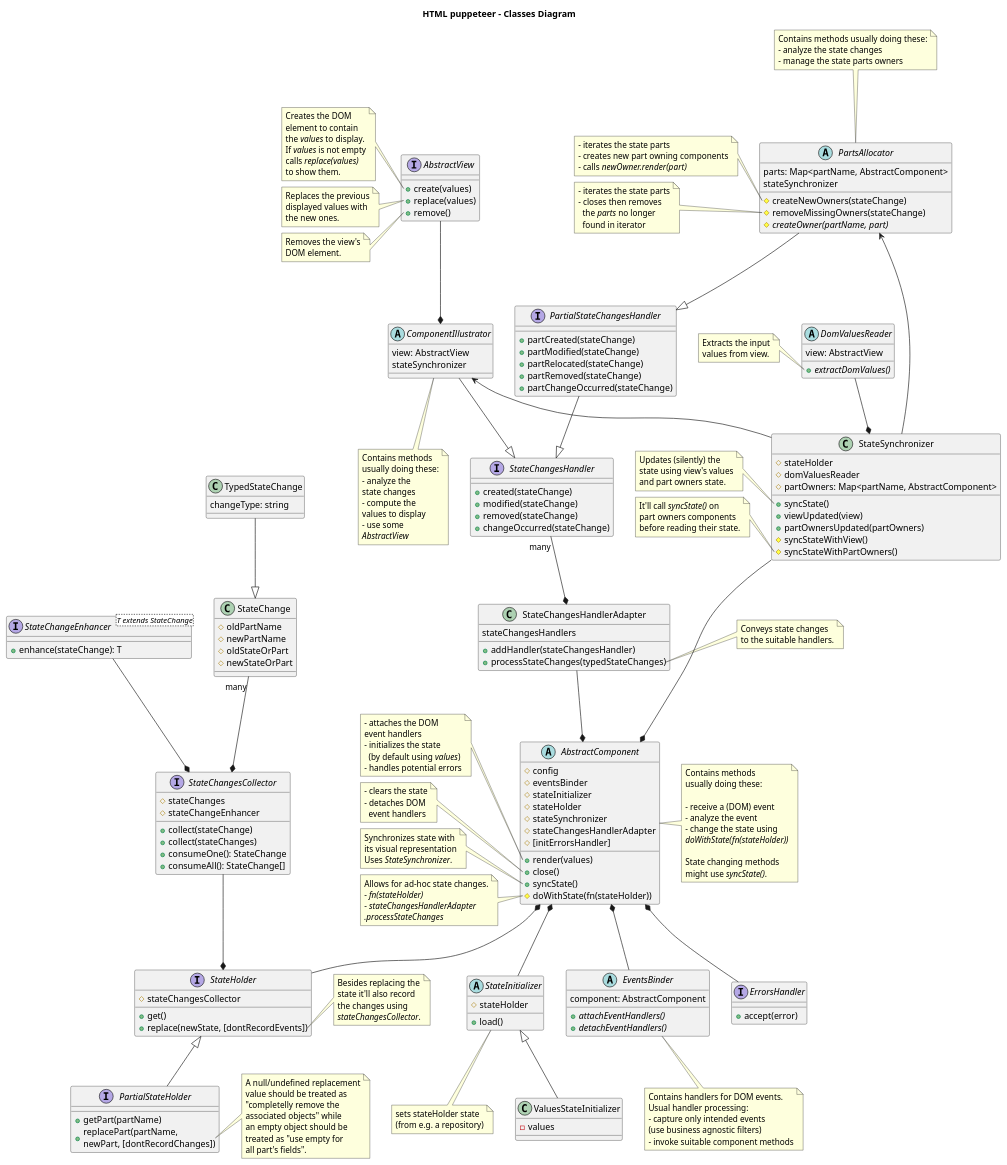
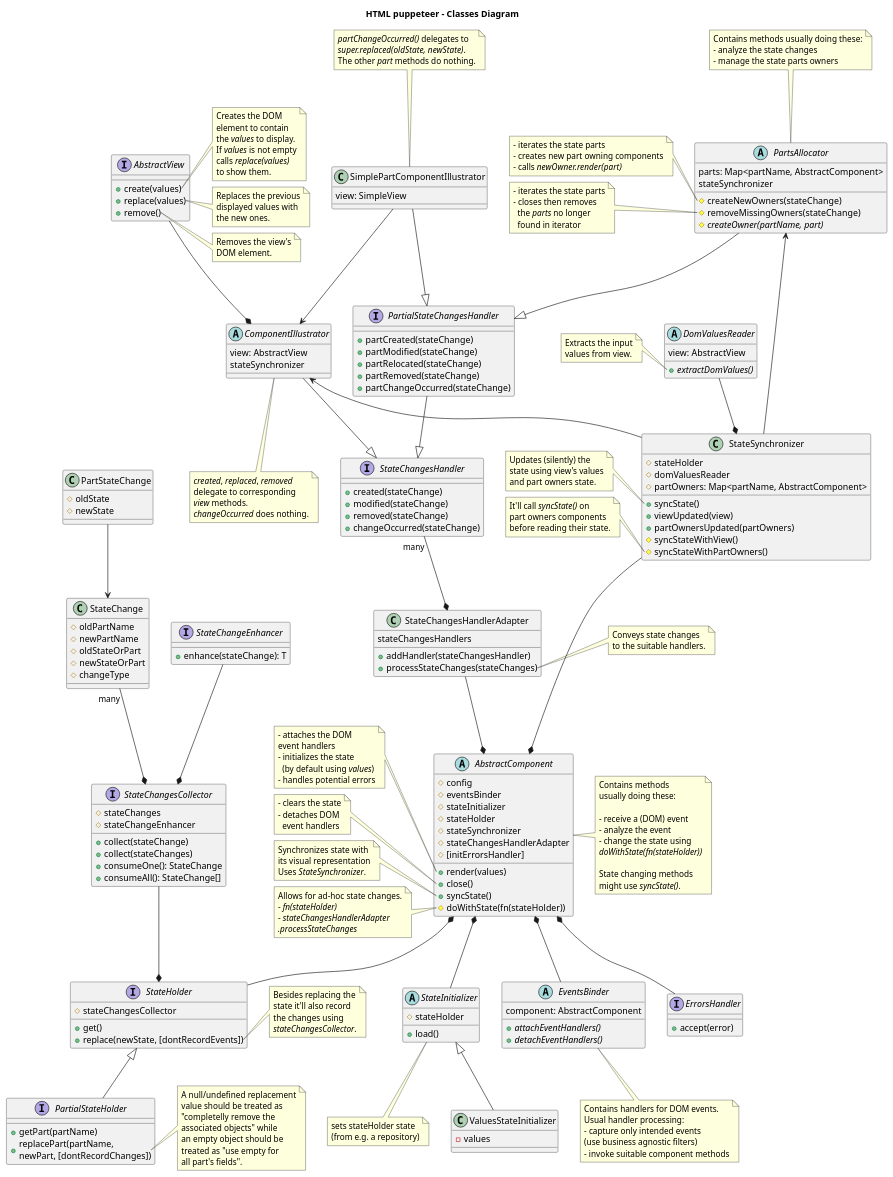
The diagram in design/classes-diagram.puml (adrhc/html-puppeteer), drawn with PlantUML before and after one commit. The commit also changed 11 other files, not shown here.

Commit message:
classes-diagram.puml

```diff
--- a/design/classes-diagram.puml
+++ b/design/classes-diagram.puml
@@ -142,13 +142,16 @@
 #newPartName
 #oldStateOrPart
 #newStateOrPart
+#changeType
 }
 
-class TypedStateChange {
-changeType: string
+class PartStateChange {
+#oldState
+#newState
 }
 
-interface StateChangeEnhancer<T extends StateChange> {
+'interface StateChangeEnhancer<T extends StateChange> {
+interface StateChangeEnhancer {
 +enhance(stateChange): T
 }
 
@@ -192,7 +195,7 @@
 class StateChangesHandlerAdapter {
 stateChangesHandlers
 +addHandler(stateChangesHandler)
-+processStateChanges(typedStateChanges)
++processStateChanges(stateChanges)
 }
 
 /'note left of StateChangesHandlerAdapter::handlerMappingRules
@@ -235,14 +238,20 @@
 }
 
 note bottom of ComponentIllustrator
-Contains methods
-usually doing these:
-- analyze the
-state changes
-- compute the
-values to display
-- use some
-<i>AbstractView</i>
+<i>created</i>, <i>replaced</i>, <i>removed</i>
+delegate to corresponding
+<i>view</i> methods.
+<i>changeOccurred</i> does nothing.
+end note
+
+class SimplePartComponentIllustrator {
+view: SimpleView
+}
+
+note top of SimplePartComponentIllustrator
+<i>partChangeOccurred()</i> delegates to
+<i>super.replaced(oldState, newState)</i>.
+The other <i>part</i> methods do nothing.
 end note
 
 abstract PartsAllocator {
@@ -318,6 +327,8 @@
 StateSynchronizer *-up- DomValuesReader
 StateSynchronizer -up-> PartsAllocator
 StateSynchronizer -up-> ComponentIllustrator
+SimplePartComponentIllustrator -down-> ComponentIllustrator
+SimplePartComponentIllustrator -down-|> PartialStateChangesHandler
 AbstractComponent *-up- StateSynchronizer
 AbstractComponent *-down- ErrorsHandler
 'AbstractComponent *-right- PartsAllocator
@@ -325,7 +336,7 @@
 StateHolder *-up- StateChangesCollector
 StateChangesCollector *-up- "many" StateChange
 ComponentIllustrator --|> StateChangesHandler
-TypedStateChange -down-|> StateChange
+PartStateChange -down-> StateChange
 'PartsAllocator -down-> StateHolder
 ValuesStateInitializer -up-|> StateInitializer
 StateChangesCollector *-up- StateChangeEnhancer
```
